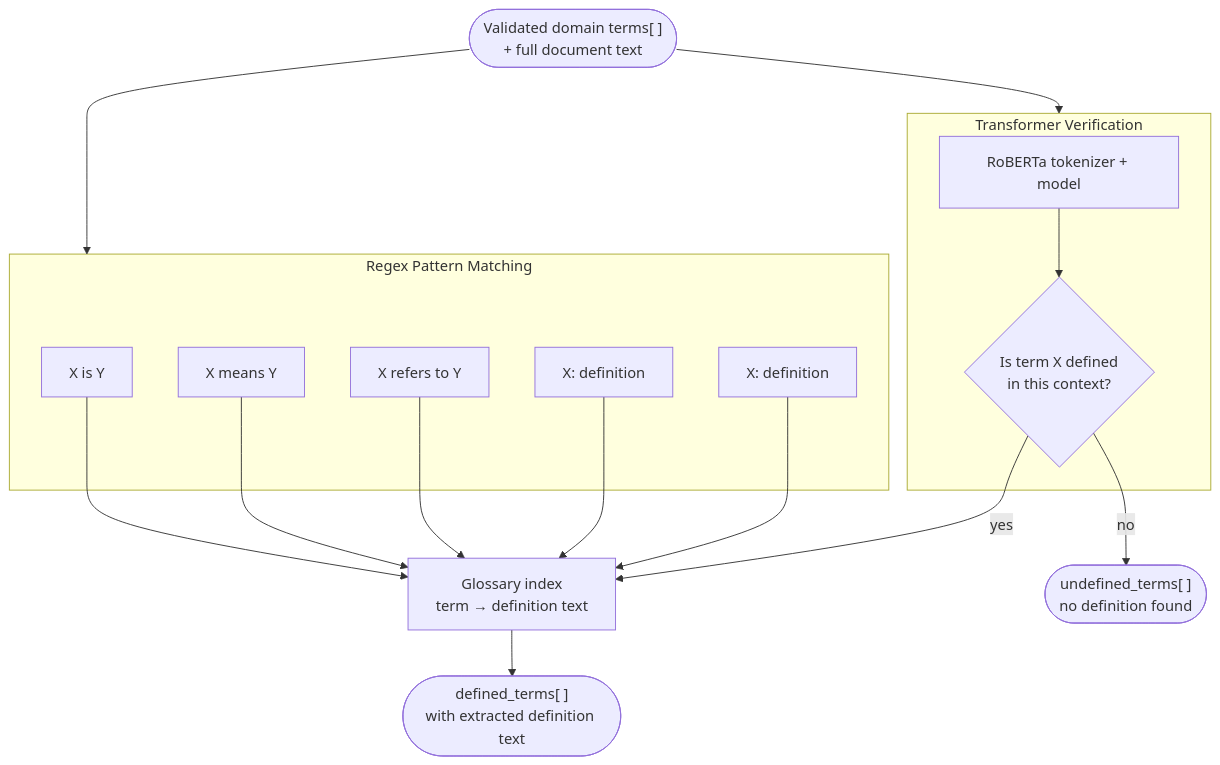
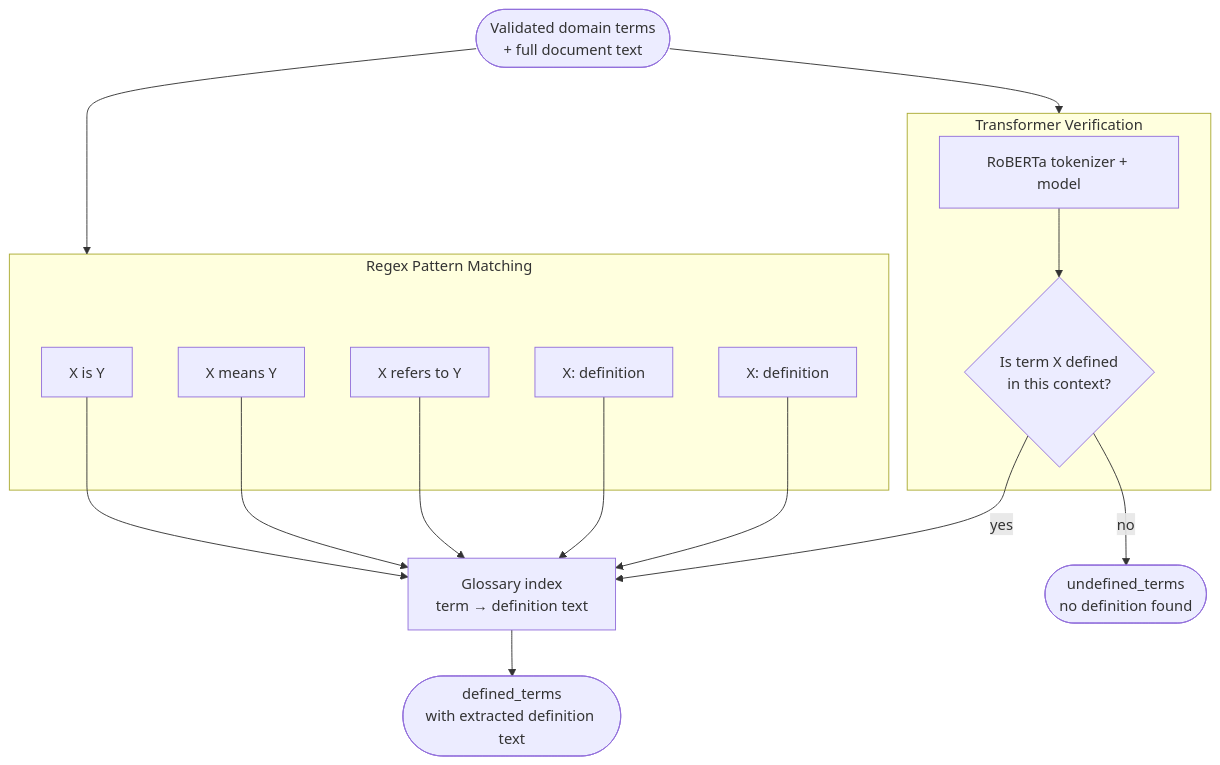
Before and after one commit to asa-holland/csuf-clarus: the fourth of 12 diagrams in analysis.md, drawn with Mermaid. The commit also changed other lines of this file, not shown here.

````diff
--- a/analysis.md
+++ b/analysis.md
@@ -114,29 +101,29 @@
 ```mermaid
 flowchart TD
-    IN(["Validated domain terms[ ]\n+ full document text"])
+    IN(["Validated domain terms\n+ full document text"])
 
     subgraph REGEX["Regex Pattern Matching"]
         D1["X is Y"]
         D2["X means Y"]
         D3["X refers to Y"]
         D4["X: definition"]
         D5["X: definition"]
     end
 
     subgraph ML["Transformer Verification"]
         ML1["RoBERTa tokenizer + model"]
         ML2{"Is term X defined\nin this context?"}
     end
 
     GLOSSARY["Glossary index\nterm → definition text"]
 
-    DEFINED(["defined_terms[ ]\nwith extracted definition text"])
-    UNDEFINED(["undefined_terms[ ]\nno definition found"])
+    DEFINED(["defined_terms\nwith extracted definition text"])
+    UNDEFINED(["undefined_terms\nno definition found"])
 
     IN --> REGEX & ML
     D1 & D2 & D3 & D4 & D5 --> GLOSSARY
     ML1 --> ML2
     ML2 -->|yes| GLOSSARY
     ML2 -->|no| UNDEFINED
     GLOSSARY --> DEFINED
 ```
````
